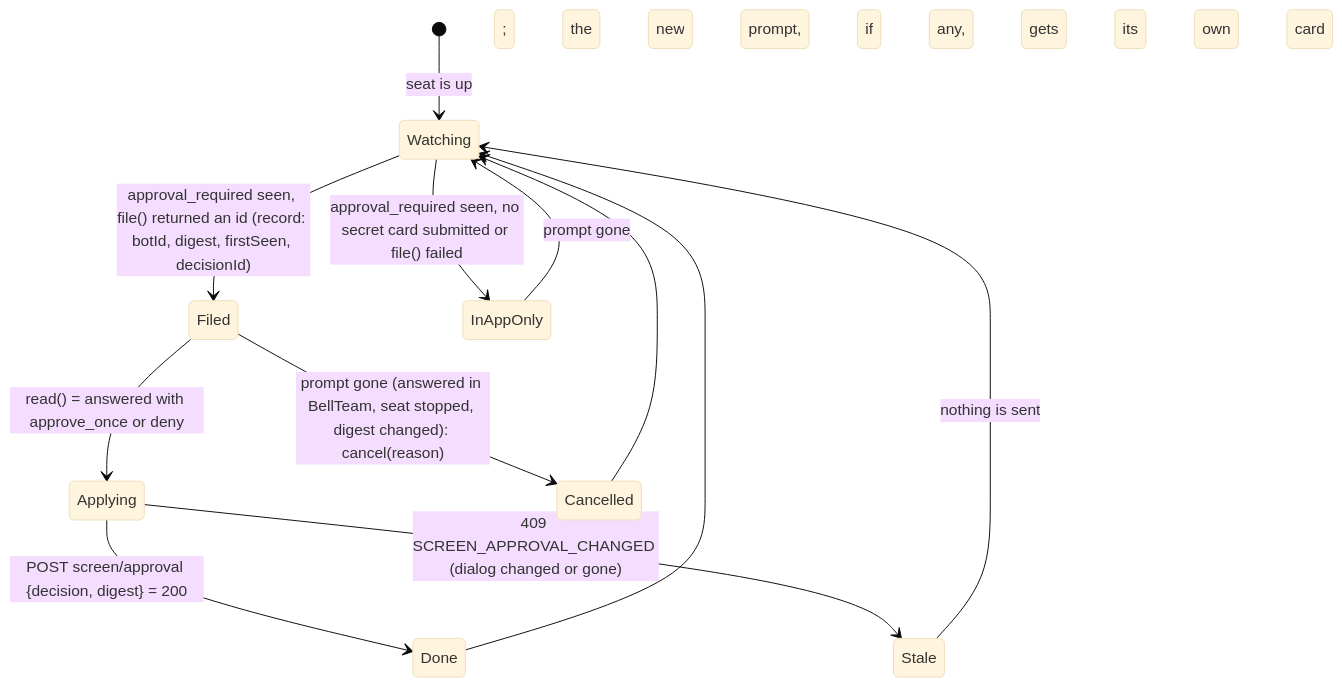
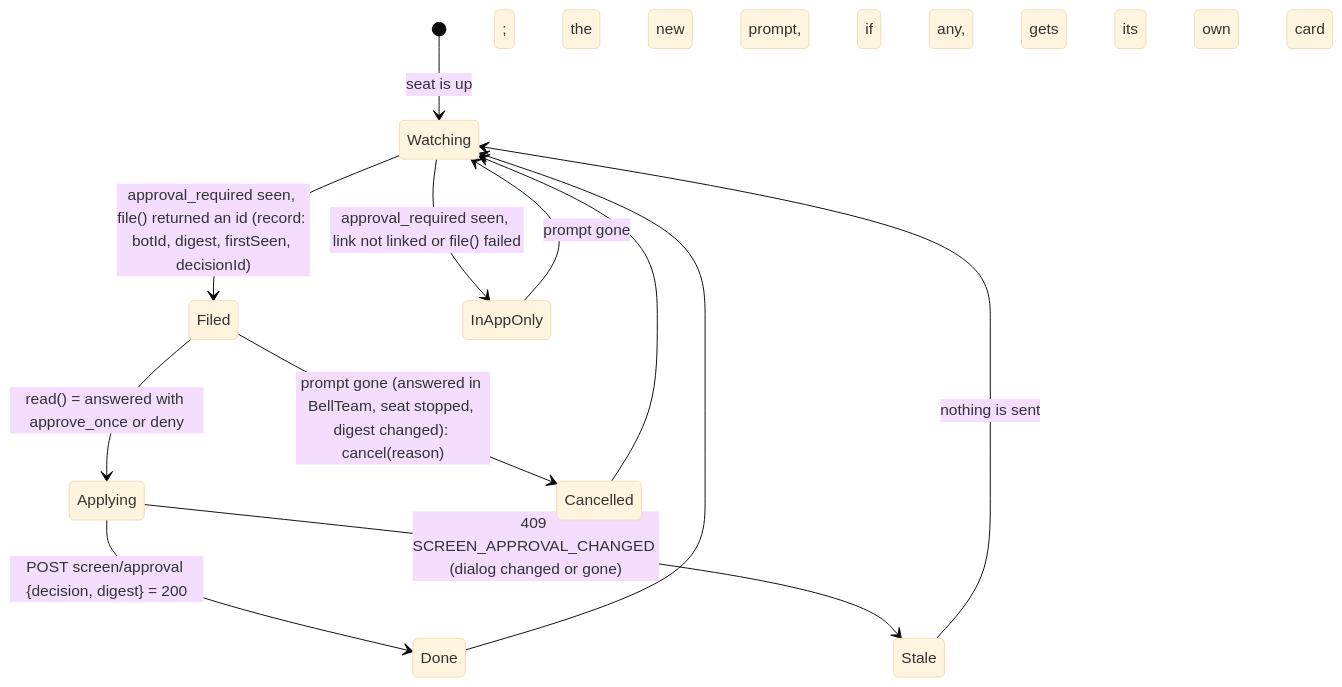
The second of 3 diagrams in docs/architecture/modules/approval-box-extension/seat-approval-card.md (kitepon/BellTeam), drawn with Mermaid (base theme) before and after one commit. The commit also changed other lines of this file, not shown here.

Commit message:
seat-approval-card: the body pairs once by the Owner's QR scan (pair --json /v1 mode); pairing view, routes, owners

````diff
--- a/docs/architecture/modules/approval-box-extension/seat-approval-card.md
+++ b/docs/architecture/modules/approval-box-extension/seat-approval-card.md
@@ -31,14 +89,14 @@
 ```mermaid
 stateDiagram-v2
   [*] --> Watching: seat is up
   Watching --> Filed: approval_required seen, file() returned an id (record: botId, digest, firstSeen, decisionId)
-  Watching --> InAppOnly: approval_required seen, no secret card submitted or file() failed
+  Watching --> InAppOnly: approval_required seen, link not linked or file() failed
   InAppOnly --> Watching: prompt gone
   Filed --> Applying: read() = answered with approve_once or deny
   Applying --> Done: POST screen/approval {decision, digest} = 200
   Applying --> Stale: 409 SCREEN_APPROVAL_CHANGED (dialog changed or gone)
   Filed --> Cancelled: prompt gone (answered in BellTeam, seat stopped, digest changed): cancel(reason)
   Stale --> Watching: nothing is sent; the new prompt, if any, gets its own card
   Cancelled --> Watching
   Done --> Watching
 ```
````
